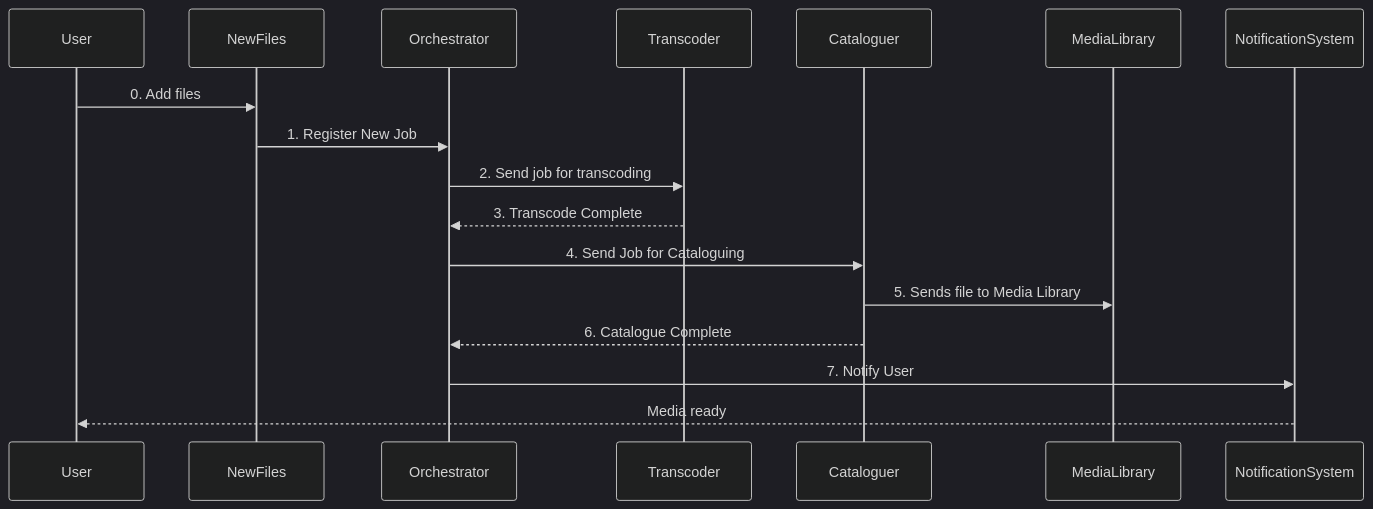
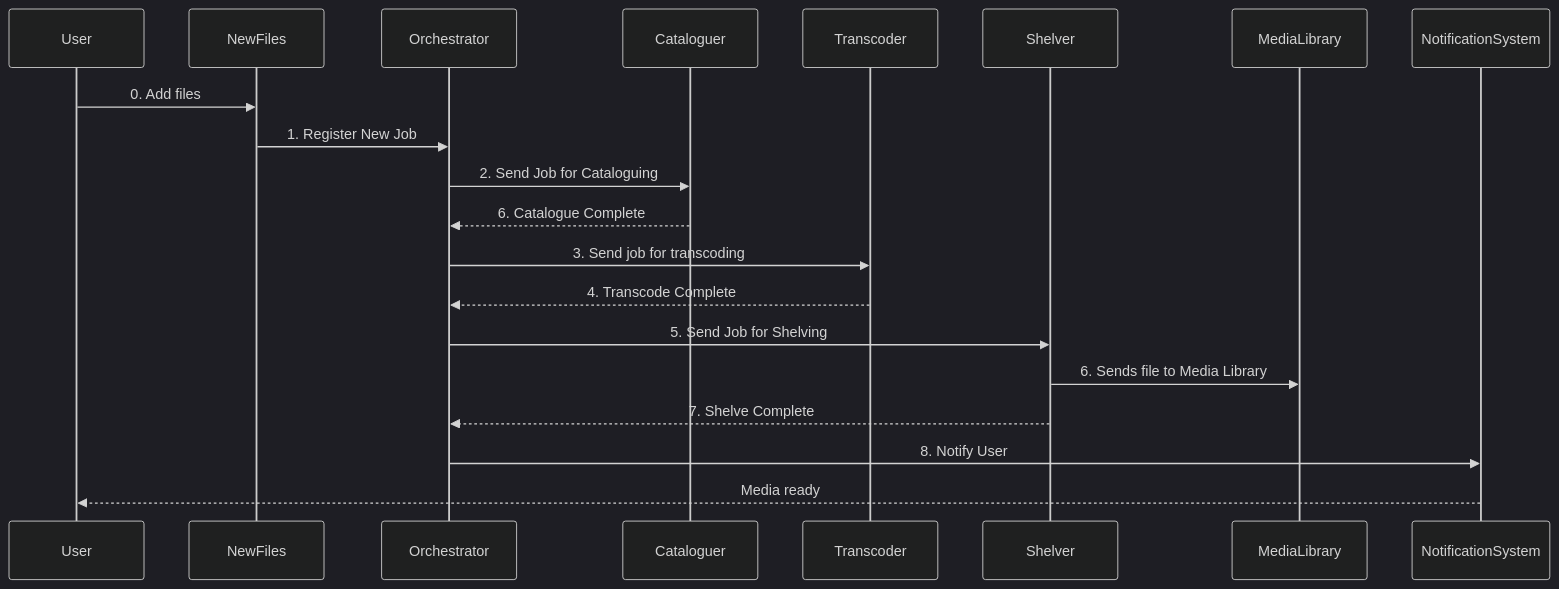
The diagram in sequenceDiagram.mmd (gilmae/trolley_car), drawn with Mermaid (dark theme) before and after one commit. The commit also changed 6 other files, not shown here.

First line of the commit message:
Chase duty of cataloguer and replace with shelver

```diff
--- a/sequenceDiagram.mmd
+++ b/sequenceDiagram.mmd
@@ -1,17 +1,20 @@
 sequenceDiagram
     participant User
     participant NewFiles
     participant Orchestrator
+    participant Cataloguer
     participant Transcoder
-    participant Cataloguer
+    participant Shelver
     participant MediaLibrary
     participant NotificationSystem
     User->>NewFiles: 0. Add files
     NewFiles->>Orchestrator: 1. Register New Job
-    Orchestrator->>Transcoder: 2. Send job for transcoding
-    Transcoder-->>Orchestrator: 3. Transcode Complete
-    Orchestrator->>Cataloguer: 4. Send Job for Cataloguing
-    Cataloguer->>MediaLibrary: 5. Sends file to Media Library
+    Orchestrator->>Cataloguer: 2. Send Job for Cataloguing
     Cataloguer-->>Orchestrator: 6. Catalogue Complete
-    Orchestrator->>NotificationSystem: 7. Notify User
+    Orchestrator->>Transcoder: 3. Send job for transcoding
+    Transcoder-->>Orchestrator: 4. Transcode Complete
+    Orchestrator->>Shelver: 5. Send Job for Shelving
+    Shelver->>MediaLibrary: 6. Sends file to Media Library
+    Shelver-->>Orchestrator: 7. Shelve Complete
+    Orchestrator->>NotificationSystem: 8. Notify User
     NotificationSystem-->>User: Media ready
```
